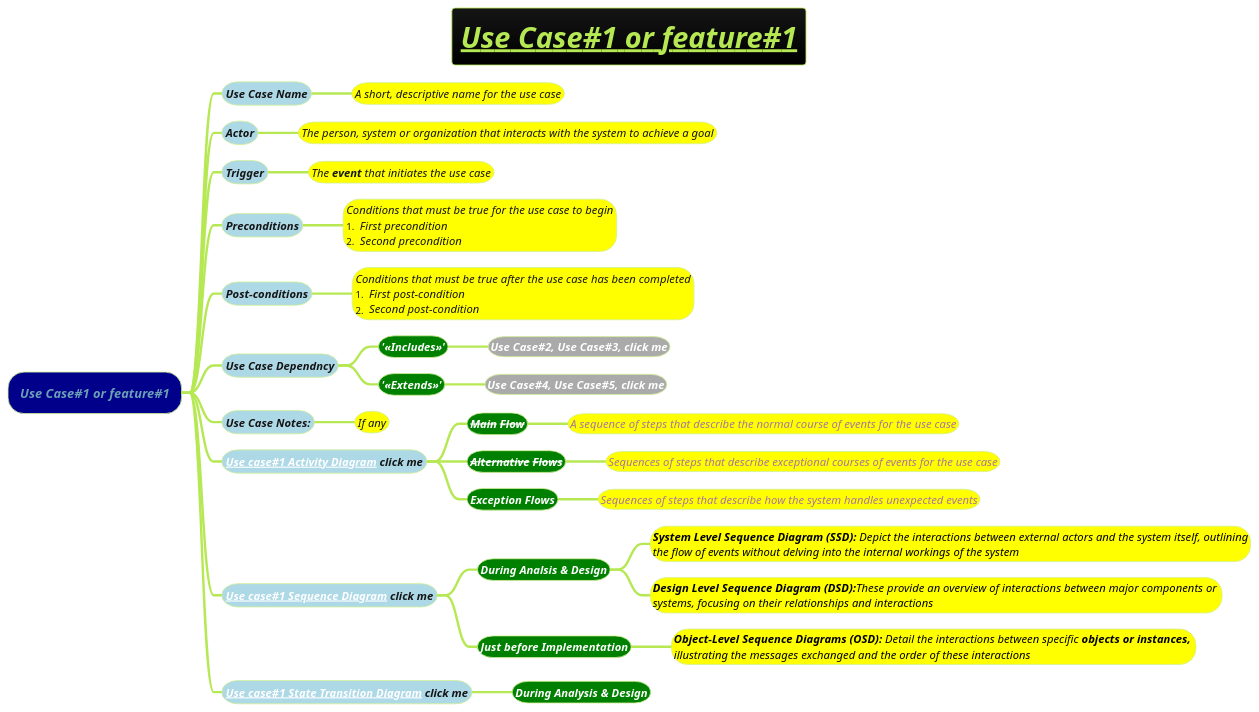
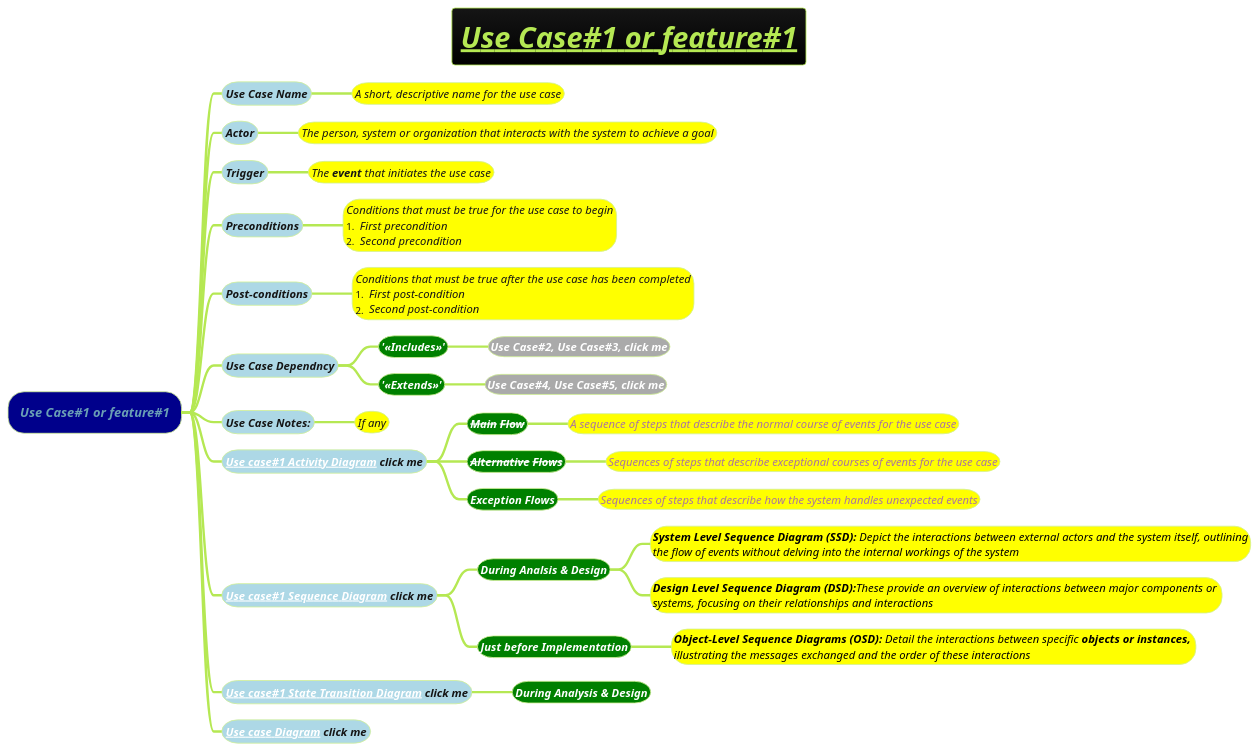
The diagram in docs/2-uml/requirements-and-design-with-plantuml/1-use-cases-or-features/use-case-1-or-feature-1.puml (MehmoodHashmi/Documentation-as-Code-DaC), drawn with PlantUML before and after one commit. The commit also changed 1 other file, not shown here.

```diff
--- a/docs/2-uml/requirements-and-design-with-plantuml/1-use-cases-or-features/use-case-1-or-feature-1.puml
+++ b/docs/2-uml/requirements-and-design-with-plantuml/1-use-cases-or-features/use-case-1-or-feature-1.puml
@@ -1,44 +1,45 @@
 @startmindmap
 title =  <b><i><u>Use Case#1 or feature#1
 !theme hacker
 
 *[#darkblue] <i>Use Case#1 or feature#1
 **[#lightblue] <i><size:14>Use Case Name
 ***[#yellow] <i><size:14>A short, descriptive name for the use case
 **[#lightblue] <i><size:14>Actor
 ***[#yellow] <i><size:14>The person, system or organization that interacts with the system to achieve a goal
 **[#lightblue] <i><size:14>Trigger
 ***[#yellow] <i><size:14>The **event** that initiates the use case
 **[#lightblue] <i><size:14>Preconditions
 ***[#yellow]:<i><size:14>Conditions that must be true for the use case to begin
 #<i><size:14> First precondition
 #<i><size:14> Second precondition;
 **[#lightblue] <i><size:14>Post-conditions
 ***[#yellow]:<i><size:14>Conditions that must be true after the use case has been completed
 #<i><size:14> First post-condition
 #<i><size:14> Second post-condition;
 **[#lightblue] <i><size:14>Use Case Dependncy
 ***[#green] <b><color #white><i><size:14>'<<Includes>>'
 ****[#a] <color #white><b><i><size:14>Use Case#2, Use Case#3, click me
 ***[#green] <b><color #white><i><size:14>'<<Extends>>'
 ****[#a] <color #white><b><i><size:14>Use Case#4, Use Case#5, click me
 **[#lightblue] <i><size:14>Use Case Notes:
 ***[#yellow] <i><size:14>If any
 **[#lightblue] <i><size:14>[[docs/2-uml/requirements-and-design-with-plantuml/activity-diagrams/use-case-1-activity.puml Use case#1 Activity Diagram]] click me
 ***[#green] <color #white><b><i><size:14>--Main-- --Flow--
 ****[#yellow] <i><size:14>A sequence of steps that describe the normal course of events for the use case
 ***[#green] <color #white><b><i><size:14>--Alternative-- --Flows--
 ****[#yellow] <i><size:14>Sequences of steps that describe exceptional courses of events for the use case
 ***[#green] <color #white><b><i><size:14>Exception Flows
 ****[#yellow] <i><size:14>Sequences of steps that describe how the system handles unexpected events
 **[#lightblue] <i><size:14>[[docs/2-uml/requirements-and-design-with-plantuml/sequence-diagrams/use-case-1-sequence.puml Use case#1 Sequence Diagram]] click me
 ***[#green] <color #white><b><i><size:14>During Analsis & Design
 ****[#yellow] <color #black><i><size:14><b>System Level Sequence Diagram (SSD):</b> Depict the interactions between external actors and the system itself, outlining\n<i><size:14><color #black>the flow of events without delving into the internal workings of the system
 ****[#yellow] <color #black><i><size:14><b>Design Level Sequence Diagram (DSD):</b>These provide an overview of interactions between major components or \n<i><size:14><color #black>systems, focusing on their relationships and interactions
 ***[#green] <color #white><b><i><size:14>Just before Implementation
 ****[#yellow] <color #black><i><size:14><b>Object-Level Sequence Diagrams (OSD):</b> Detail the interactions between specific **objects or instances,** \n<i><size:14><color #black>illustrating the messages exchanged and the order of these interactions
 **[#lightblue] <i><size:14>[[docs/2-uml/requirements-and-design-with-plantuml/state-transition-diagrams/use-case-1-state-transition.puml Use case#1 State Transition Diagram]] click me
 ***[#green] <color #white><b><i><size:14>During Analysis & Design
+**[#lightblue] <i><size:14>[[docs/2-uml/requirements-and-design-with-plantuml/0-use-case-diagrams/Tomplot-Use-Case-diagram.puml Use case Diagram]] click me
 
 
 @endmindmap
```
